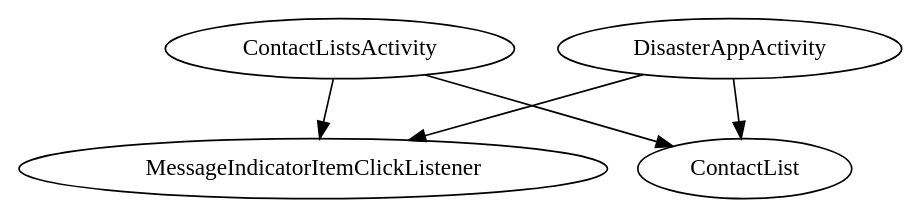
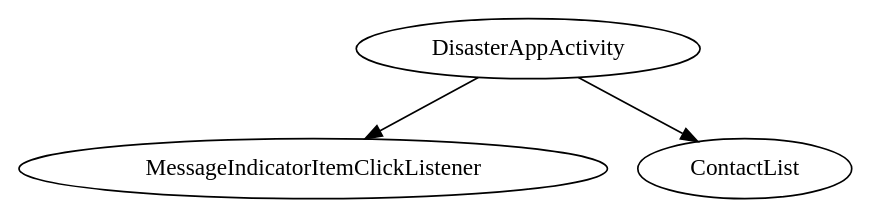
Before and after one commit to riis/ProgrammingChallengeAndroid: the diagram in DisasterAppActivity/.apt_generated/com/riis/dagger/DisasterAppObjectGraph.dot, drawn with Graphviz. The commit also changed 16 other files, not shown here.

```diff
--- a/DisasterAppActivity/.apt_generated/com/riis/dagger/DisasterAppObjectGraph.dot
+++ b/DisasterAppActivity/.apt_generated/com/riis/dagger/DisasterAppObjectGraph.dot
@@ -1,7 +1,5 @@
 digraph G1 {
   concentrate = true;
-  ContactListsActivity -> MessageIndicatorItemClickListener;
-  ContactListsActivity -> ContactList;
   DisasterAppActivity -> MessageIndicatorItemClickListener;
   DisasterAppActivity -> ContactList;
 }
```
